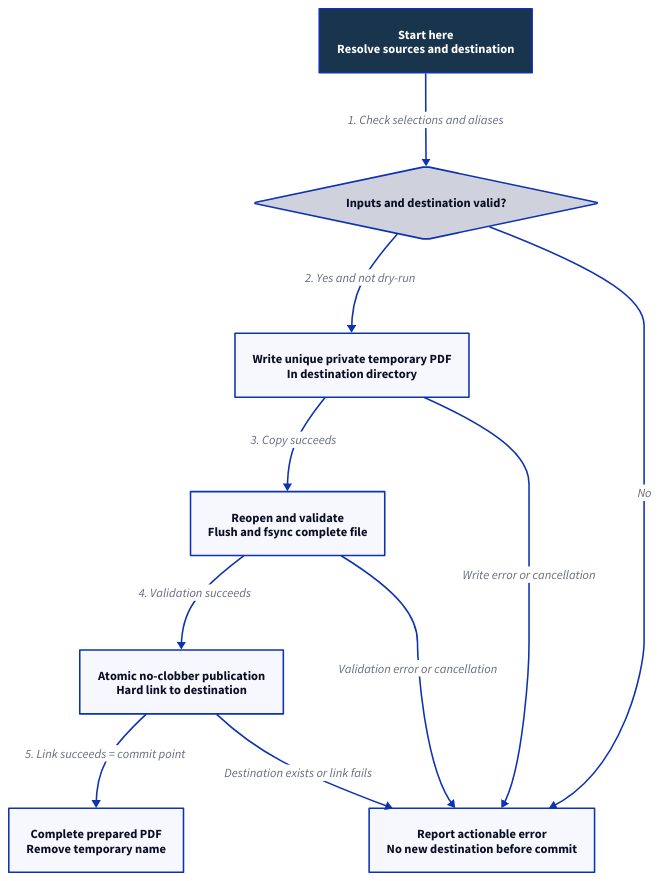
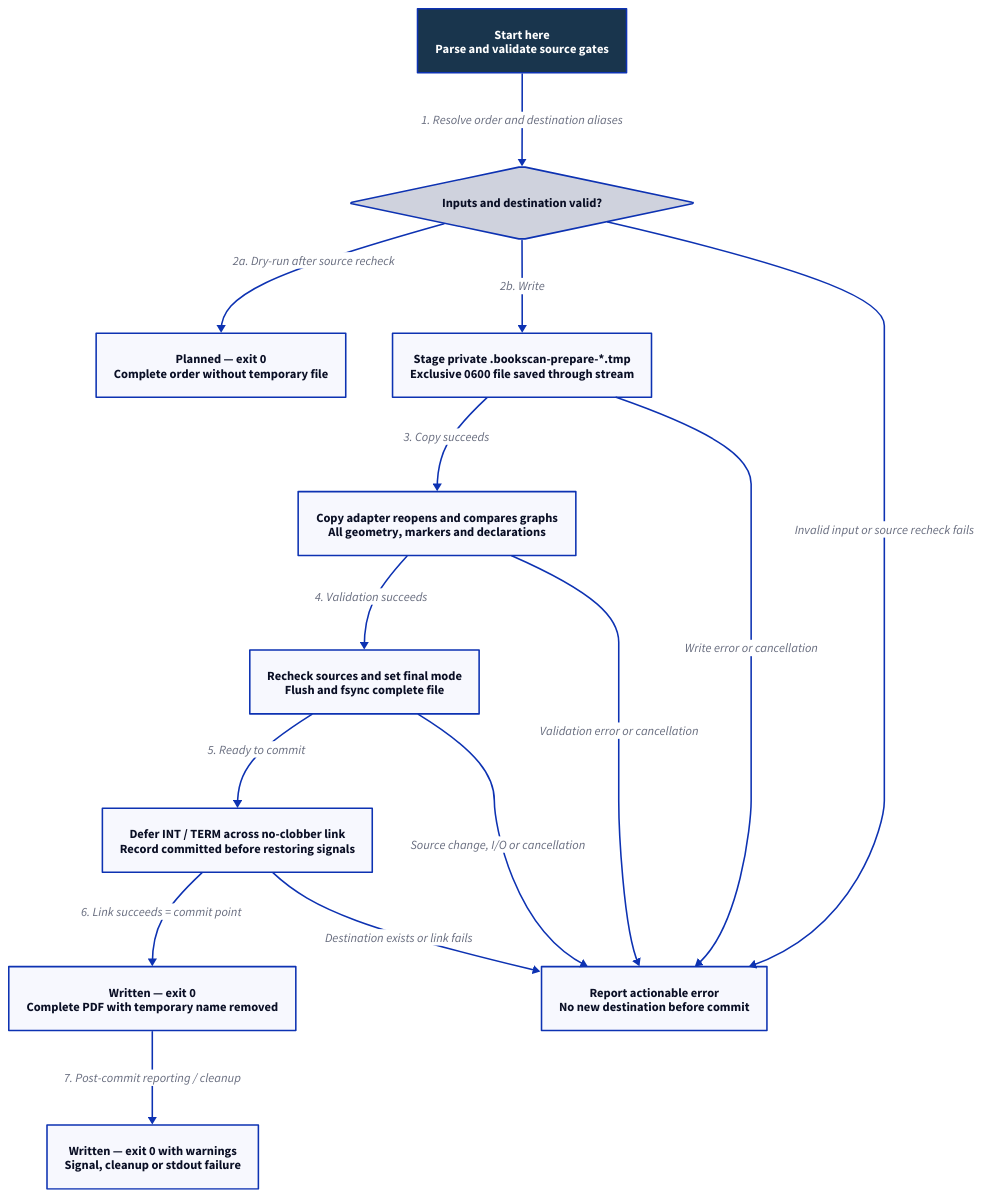
The diagram in docs/design/prepared-pdf/publication.d2 (Linkuistics/BookScanBuilder), drawn with D2 before and after one commit. The commit also changed 13 other files, not shown here.

Commit message:
prepared-pdf-k12: Integrate preparation design review and verify copying contracts

```diff
--- a/docs/design/prepared-pdf/publication.d2
+++ b/docs/design/prepared-pdf/publication.d2
@@ -1,19 +1,26 @@
 direction: down
-start: Start here\nResolve sources and destination {
+start: Start here\nParse and validate source gates {
   style: {fill: "#19354D"; font-color: white; bold: true}
 }
 valid: Inputs and destination valid? {shape: diamond}
-temp: Write unique private temporary PDF\nIn destination directory
-check: Reopen and validate\nFlush and fsync complete file
-publish: Atomic no-clobber publication\nHard link to destination
-success: Complete prepared PDF\nRemove temporary name
+planned: Planned — exit 0\nComplete order without temporary file
+temp: Stage private .bookscan-prepare-*.tmp\nExclusive 0600 file saved through stream
+check: Copy adapter reopens and compares graphs\nAll geometry, markers and declarations
+ready: Recheck sources and set final mode\nFlush and fsync complete file
+publish: Defer INT / TERM across no-clobber link\nRecord committed before restoring signals
+success: Written — exit 0\nComplete PDF with temporary name removed
+warning: Written — exit 0 with warnings\nSignal, cleanup or stdout failure
 failure: Report actionable error\nNo new destination before commit
-start -> valid: 1. Check selections and aliases
-valid -> temp: 2. Yes and not dry-run
-valid -> failure: No
+start -> valid: 1. Resolve order and destination aliases
+valid -> planned: 2a. Dry-run after source recheck
+valid -> temp: 2b. Write
+valid -> failure: Invalid input or source recheck fails
 temp -> check: 3. Copy succeeds
 temp -> failure: Write error or cancellation
-check -> publish: 4. Validation succeeds
+check -> ready: 4. Validation succeeds
 check -> failure: Validation error or cancellation
-publish -> success: 5. Link succeeds = commit point
+ready -> publish: 5. Ready to commit
+ready -> failure: Source change, I/O or cancellation
+publish -> success: 6. Link succeeds = commit point
 publish -> failure: Destination exists or link fails
+success -> warning: 7. Post-commit reporting / cleanup
```
